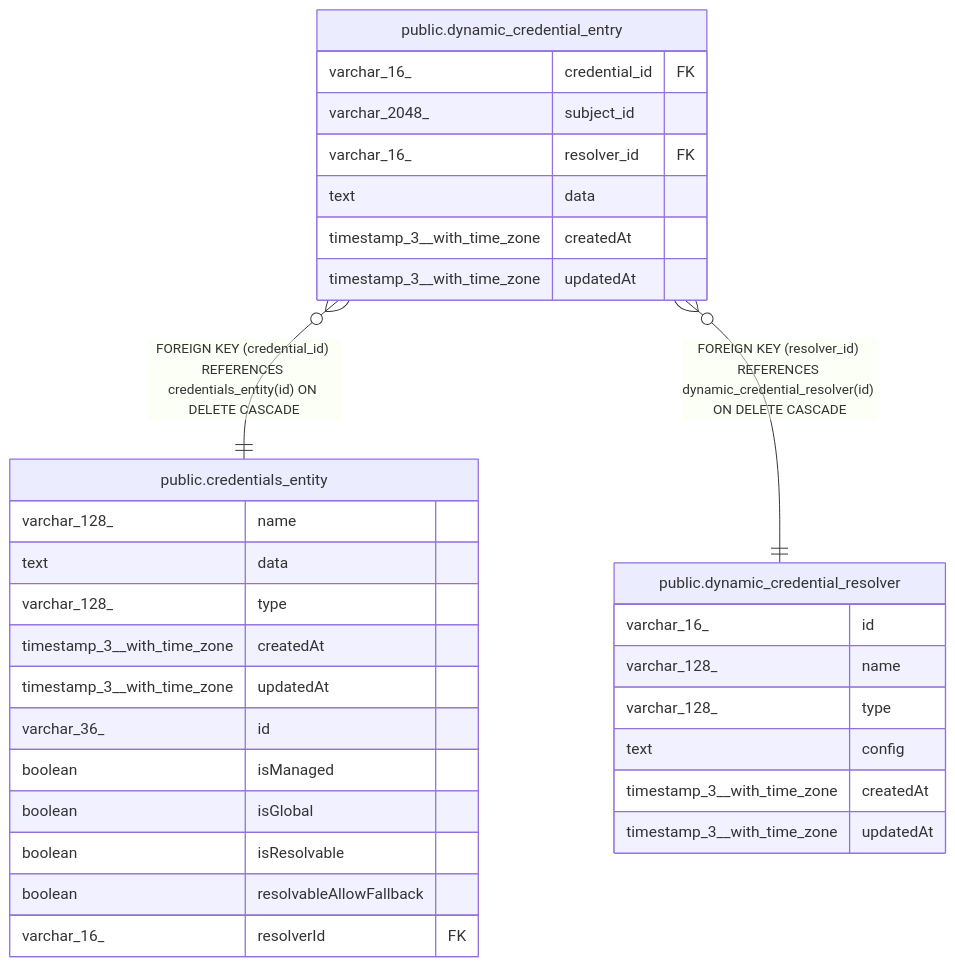
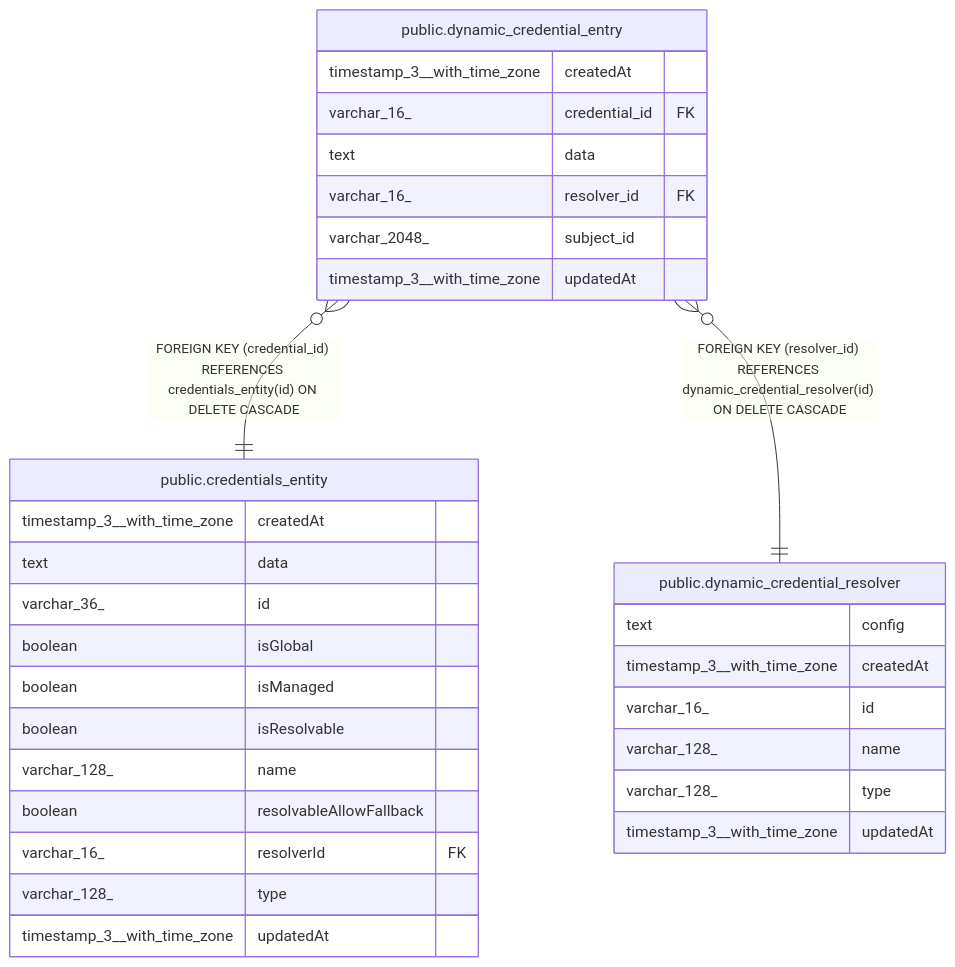
Before and after one commit to mayankjain1815-commits/n8n: the diagram in docs/generated/postgres-schema/public.dynamic_credential_entry.md, drawn with Mermaid. The commit also changed other lines of this file and 221 other files, not shown here.

Commit message:
chore(core): Make DB schema docs generation deterministic (#32373)

````diff
--- a/docs/generated/postgres-schema/public.dynamic_credential_entry.md
+++ b/docs/generated/postgres-schema/public.dynamic_credential_entry.md
@@ -38,36 +38,36 @@
 ```mermaid
 erDiagram
 
 "public.dynamic_credential_entry" }o--|| "public.credentials_entity" : "FOREIGN KEY (credential_id) REFERENCES credentials_entity(id) ON DELETE CASCADE"
 "public.dynamic_credential_entry" }o--|| "public.dynamic_credential_resolver" : "FOREIGN KEY (resolver_id) REFERENCES dynamic_credential_resolver(id) ON DELETE CASCADE"
 
 "public.dynamic_credential_entry" {
+  timestamp_3__with_time_zone createdAt
   varchar_16_ credential_id FK
+  text data
+  varchar_16_ resolver_id FK
   varchar_2048_ subject_id
-  varchar_16_ resolver_id FK
-  text data
-  timestamp_3__with_time_zone createdAt
   timestamp_3__with_time_zone updatedAt
 }
 "public.credentials_entity" {
+  timestamp_3__with_time_zone createdAt
+  text data
+  varchar_36_ id
+  boolean isGlobal
+  boolean isManaged
+  boolean isResolvable
   varchar_128_ name
-  text data
-  varchar_128_ type
-  timestamp_3__with_time_zone createdAt
-  timestamp_3__with_time_zone updatedAt
-  varchar_36_ id
-  boolean isManaged
-  boolean isGlobal
-  boolean isResolvable
   boolean resolvableAllowFallback
   varchar_16_ resolverId FK
+  varchar_128_ type
+  timestamp_3__with_time_zone updatedAt
 }
 "public.dynamic_credential_resolver" {
+  text config
+  timestamp_3__with_time_zone createdAt
   varchar_16_ id
   varchar_128_ name
   varchar_128_ type
-  text config
-  timestamp_3__with_time_zone createdAt
   timestamp_3__with_time_zone updatedAt
 }
 ```
````
